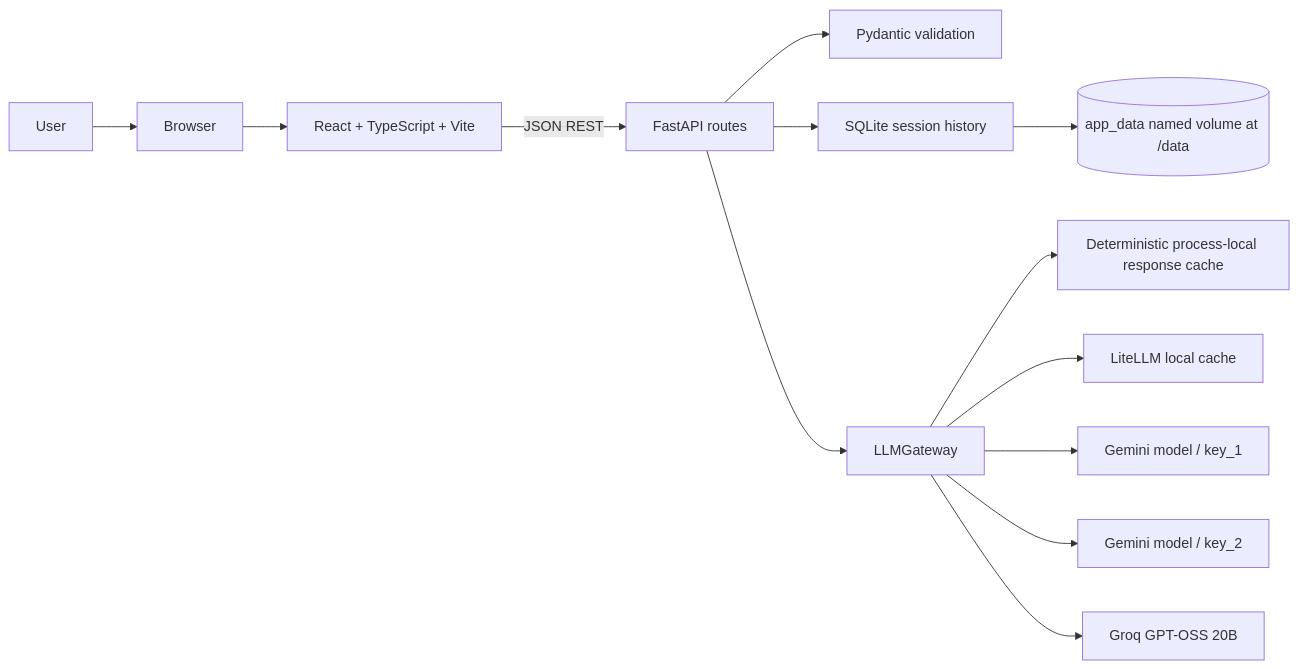
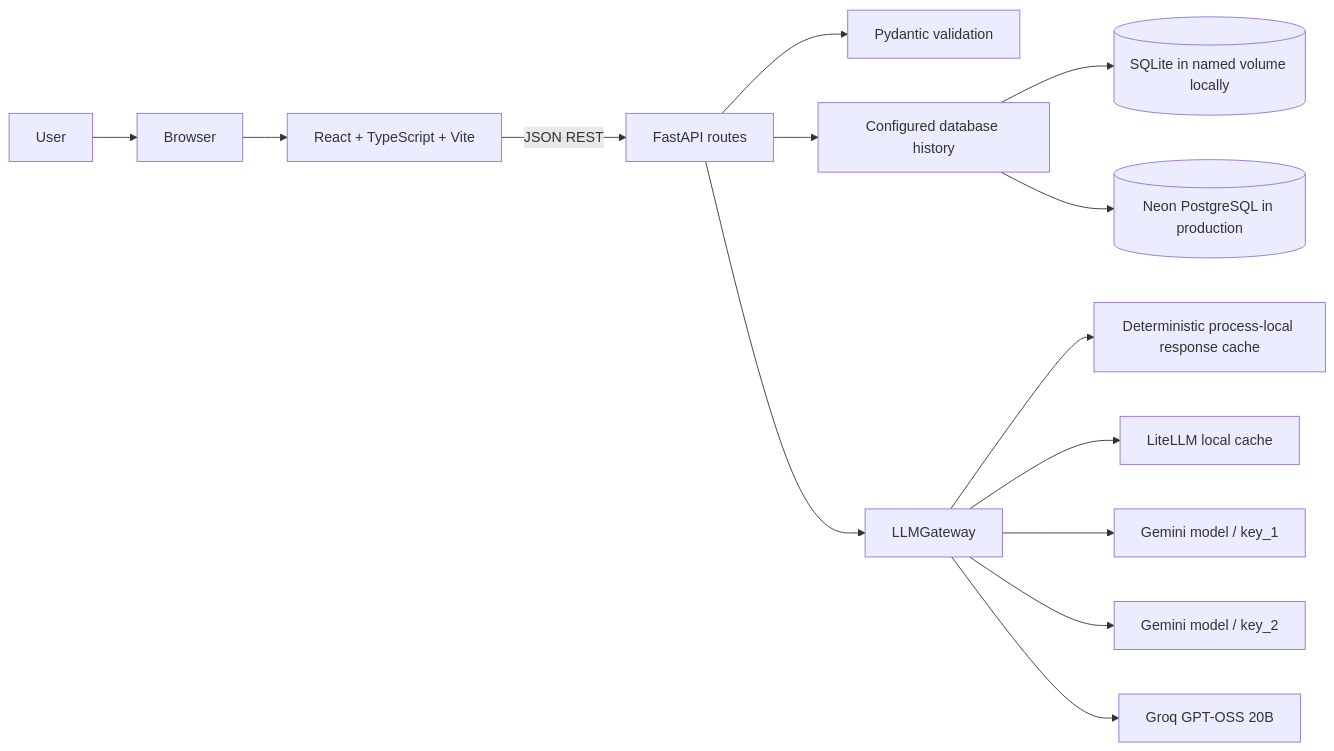
One commit to Prince-Singhalia/lyftr-ai-chat-assessment changed the first of 3 diagrams in docs/architecture.md. Above: the diagram before and after it, drawn with Mermaid. The commit also changed other lines of this file and 9 other files, not shown here.

Commit message:
feat(db): add PostgreSQL persistence for production

````diff
--- a/docs/architecture.md
+++ b/docs/architecture.md
@@ -5,15 +5,16 @@
 ```mermaid
 flowchart LR
   User[User] --> Browser[Browser]
   Browser --> React[React + TypeScript + Vite]
   React -->|JSON REST| API[FastAPI routes]
   API --> Validation[Pydantic validation]
-  API --> History[SQLite session history]
+  API --> History[Configured database history]
   API --> Gateway[LLMGateway]
   Gateway --> AppCache[Deterministic process-local response cache]
   Gateway --> LiteCache[LiteLLM local cache]
   Gateway --> Gemini1[Gemini model / key_1]
   Gateway --> Gemini2[Gemini model / key_2]
   Gateway --> Groq[Groq GPT-OSS 20B]
-  History --> Volume[(app_data named volume at /data)]
+  History --> SQLite[(SQLite in named volume locally)]
+  History --> Neon[(Neon PostgreSQL in production)]
 ```
````
